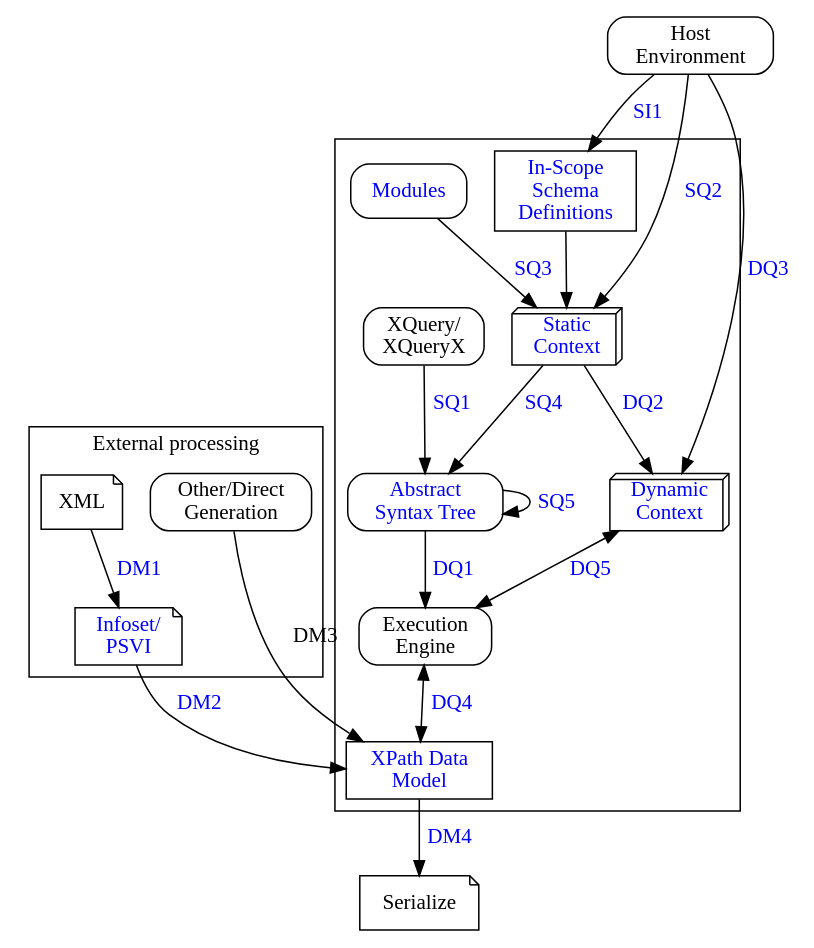
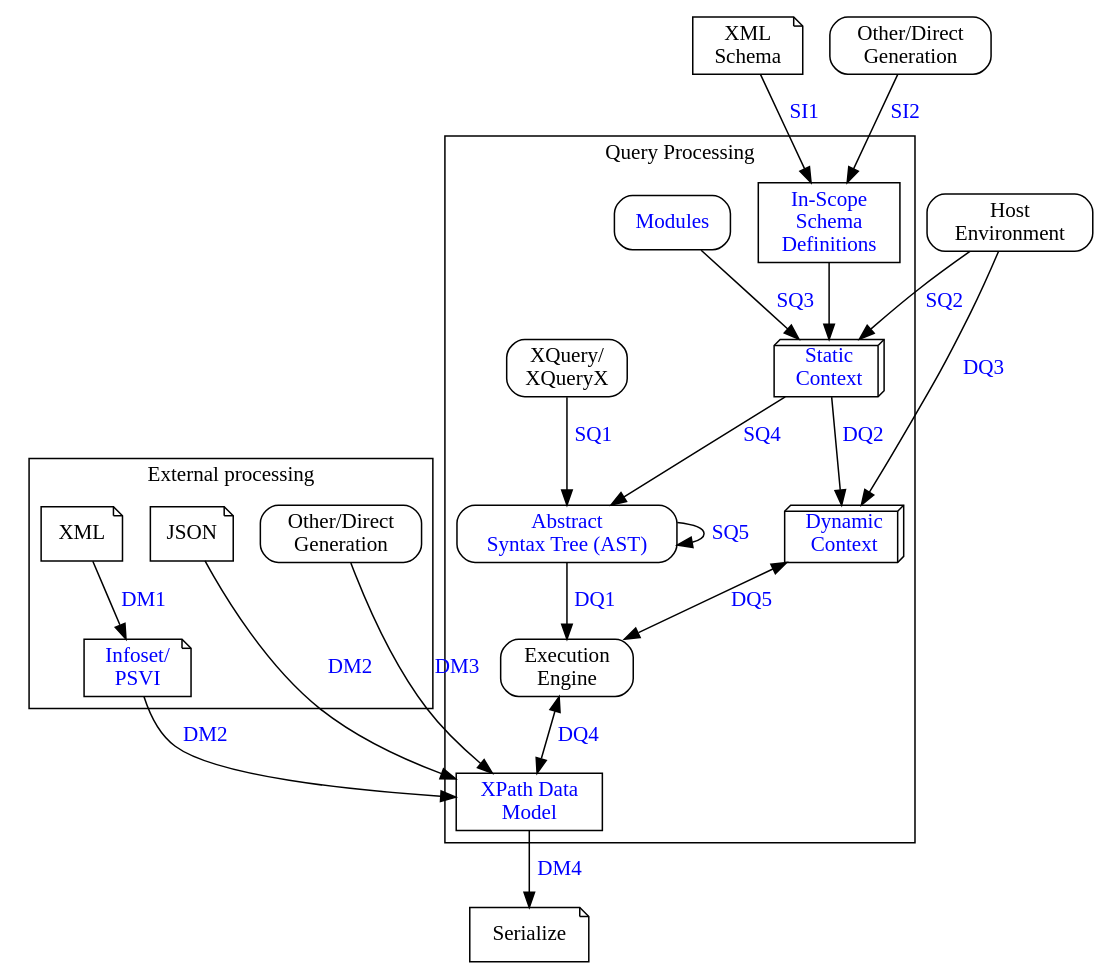
The diagram in specifications/xquery-40/image-sources/procmod-xquery.dot (qt4cg/qtspecs), drawn with Graphviz before and after one commit. The commit also changed 3 other files, not shown here.

```diff
--- a/specifications/xquery-40/image-sources/procmod-xquery.dot
+++ b/specifications/xquery-40/image-sources/procmod-xquery.dot
@@ -1,52 +1,91 @@
 digraph Processing_Model {
+    tooltip="XQuery Processing Model";
+
     subgraph clusterQT4 {
-        Exec [label="Execution\nEngine"; shape=rect; style=rounded ];
-        XDM [label="XPath Data\nModel"; shape=rect;
-             fontcolor=blue;
-             URL="#dt-data-model-instance"];
-        AST [label="Abstract\nSyntax Tree"; shape=rect; style=rounded;
-             fontcolor="blue"; URL="#SQ5" ];
-        Static [label="Static\nContext"; shape="box3d";
-                fontcolor="blue";
-                URL="#dt-static-context"];
+        label="Query Processing";
+        tooltip="Query Processing";
+
+        Exec [label="Execution\nEngine"; shape=rect; style=rounded;
+              tooltip="Execution Engine"];
+        XDM [label="XPath Data\nModel"; shape=rect; fontcolor=blue;
+             URL="#dt-data-model-instance";
+             tooltip="XPath Data Model"];
+        AST [label="Abstract\nSyntax Tree (AST)"; shape=rect; style=rounded;
+             fontcolor="blue"; URL="#SQ5";
+             tooltip="Abstract Syntax Tree (AST)"];
+        Static [label="Static\nContext"; shape="box3d"; fontcolor="blue";
+                URL="#dt-static-context"
+                tooltip="Static Context"];
         Dynamic [label="Dynamic\nContext"; shape="box3d";
                  fontcolor="blue";
-                 URL="#dt-dynamic-context"];
+                 URL="#dt-dynamic-context";
+                 tooltip="Dynamic Context"];
         Schema [label="In-Scope\nSchema\nDefinitions"; shape=rect;
-                fontcolor="blue";
-                URL="#dt-issd"];
-        XQuery [label="XQuery/\nXQueryX"; shape=rect; style=rounded ];
+                tooltip="In-Scope Schema Definitions";
+                fontcolor="blue"; URL="#dt-issd"];
+        XQuery [label="XQuery/\nXQueryX"; shape=rect; style=rounded;
+                tooltip="XQuery/XQueryX"];
         Modules [label="Modules"; shape=rect; style=rounded;
                  fontcolor="blue"; URL="#id-module-declaration" ];
 
-        XQuery -> AST [label=" SQ1"; fontcolor="blue"; URL="#SQ1234" ];
-        AST -> AST [label=" SQ5"; fontcolor="blue"; URL="#SQ5" ];
-        AST -> Exec [label=" DQ1"; fontcolor="blue"; URL="#DQ12345" ];
+        XQuery -> AST [label=" SQ1"; fontcolor="blue"; URL="#SQ1234";
+                       labeltooltip="Parse query"];
+        AST -> AST [label=" SQ5"; fontcolor="blue"; URL="#SQ5";
+                    labeltooltip="Normalize"];
+        AST -> Exec [label=" DQ1"; fontcolor="blue"; URL="#DQ12345";
+                     labeltooltip="Access AST"];
         Schema -> Static;
-        Modules -> Static [label=" SQ3"; fontcolor="blue"; URL="#SQ1234" ];
-        Static -> AST [label=" SQ4"; fontcolor="blue"; URL="#SQ1234"  ];
-        Static -> Dynamic [label=" DQ2"; fontcolor="blue"; URL="#DQ12345" ];
-        Dynamic -> Exec [ dir="both"; label=" DQ5"; fontcolor="blue"; URL="#DQ12345" ];
-        Exec -> XDM [ dir="both"; label=" DQ4"; fontcolor="blue"; URL="#DQ12345" ];
+        Modules -> Static [label=" SQ3"; fontcolor="blue"; URL="#SQ1234";
+                       labeltooltip="Augment with module prolog"];
+
+        Static -> AST [label=" SQ4"; fontcolor="blue"; URL="#SQ1234";
+                       labeltooltip="Resolve names"];
+        Static -> Dynamic [label=" DQ2"; fontcolor="blue"; URL="#DQ12345";
+                           labeltooltip="Provide access"];
+        Dynamic -> Exec [dir="both"; label=" DQ5"; fontcolor="blue"; URL="#DQ12345";
+                         labeltooltip="Access and change"];
+        Exec -> XDM [dir="both"; label=" DQ4"; fontcolor="blue"; URL="#DQ12345"
+                     labeltooltip="Access and create"];
     }
 
     subgraph clusterEP {
         label = "External processing";
-        XML [ shape="note" ];
-        PSVI [ label="Infoset/\nPSVI" shape="note"; fontcolor="blue"; URL="#id-data-model-generation" ];
-        Direct [ label="Other/Direct\nGeneration"; shape=rect; style=rounded ];
+        XML [shape="note" ];
+        JSON [shape="note" ];
+        PSVI [label="Infoset/\nPSVI" shape="note"; fontcolor="blue"; URL="#id-data-model-generation";
+              tooltip="Infoset/PSVI"];
+        Direct [label="Other/Direct\nGeneration"; shape=rect; style=rounded;
+                tooltip="Other/Direct Generation"];
     }
 
-    XML -> PSVI [ label=" DM1"; fontcolor="blue"; URL="#DM1" ];
-    PSVI -> XDM  [ label=" DM2"; fontcolor="blue"; URL="#DM2" ];
+    XML -> PSVI [label=" DM1"; fontcolor="blue"; URL="#DM1"
+                 labeltooltip="Parse and optionally validate"];
+    JSON -> XDM [label=" DM2"; fontcolor="blue"; URL="#DM2";
+                 labeltooltip="Generate Data Model"];
+    PSVI -> XDM  [label=" DM2"; fontcolor="blue"; URL="#DM2";
+                  labeltooltip="Generate Data Model"];
 
-    Direct -> XDM [ label=" DM3" ];
+    Direct -> XDM [label=" DM3"; fontcolor="blue"; URL="#DM3";
+                    labeltooltip="Other/Direct Generation"];
 
-    Host [ label="Host\nEnvironment"; shape=rect; style=rounded ];
-    Host -> Schema [label=" SI1"; fontcolor="blue"; URL="#id-schema-import-processing" ];
-    Host -> Static [label=" SQ2"; fontcolor="blue"; URL="#SQ1234" ];
-    Host -> Dynamic [label=" DQ3"; fontcolor="blue"; URL="#DQ12345" ];
+    XSD [label="XML\nSchema"; shape="note";
+         tooltip="XML Schema"];
+    DirectXSD [label="Other/Direct\nGeneration"; shape=rect; style=rounded;
+               tooltip="Other/Direct Generation"];
 
-    Serialize [ shape="note"; bgcolor="#FF00FF"; ];
-    XDM -> Serialize [ label=" DM4"; fontcolor="blue"; URL="#id-serialization" ];
+    XSD -> Schema [label=" SI1"; fontcolor="blue"; URL="#id-schema-import-processing";
+                   labeltooltip="XML Schema Import"];
+    DirectXSD -> Schema [label=" SI2"; fontcolor="blue"; URL="#SI2";
+                   labeltooltip="Other/Direct Generation"];
+
+    Host [label="Host\nEnvironment"; shape=rect; style=rounded;
+          tooltip="Host Environment"];
+    Host -> Static [label=" SQ2"; fontcolor="blue"; URL="#SQ1234";
+                    labeltooltip="Initialize from host environment"];
+    Host -> Dynamic [label=" DQ3"; fontcolor="blue"; URL="#DQ12345"
+                     labeltooltip="Initialize from host environment"];
+
+    Serialize [shape="note"; bgcolor="#FF00FF"; ];
+    XDM -> Serialize [label=" DM4"; fontcolor="blue"; URL="#id-serialization";
+                      labeltooltip="Serialize"];
 }
```
